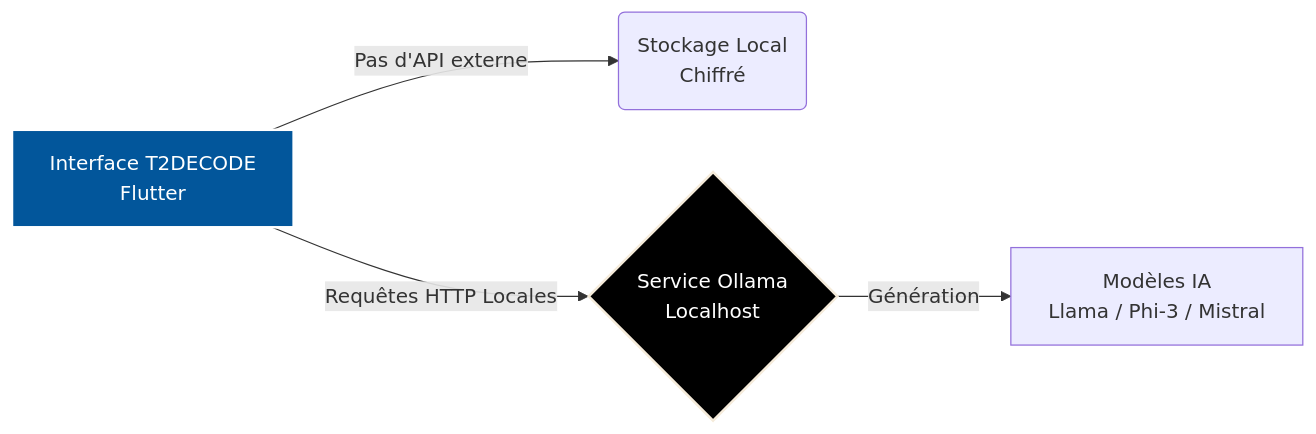
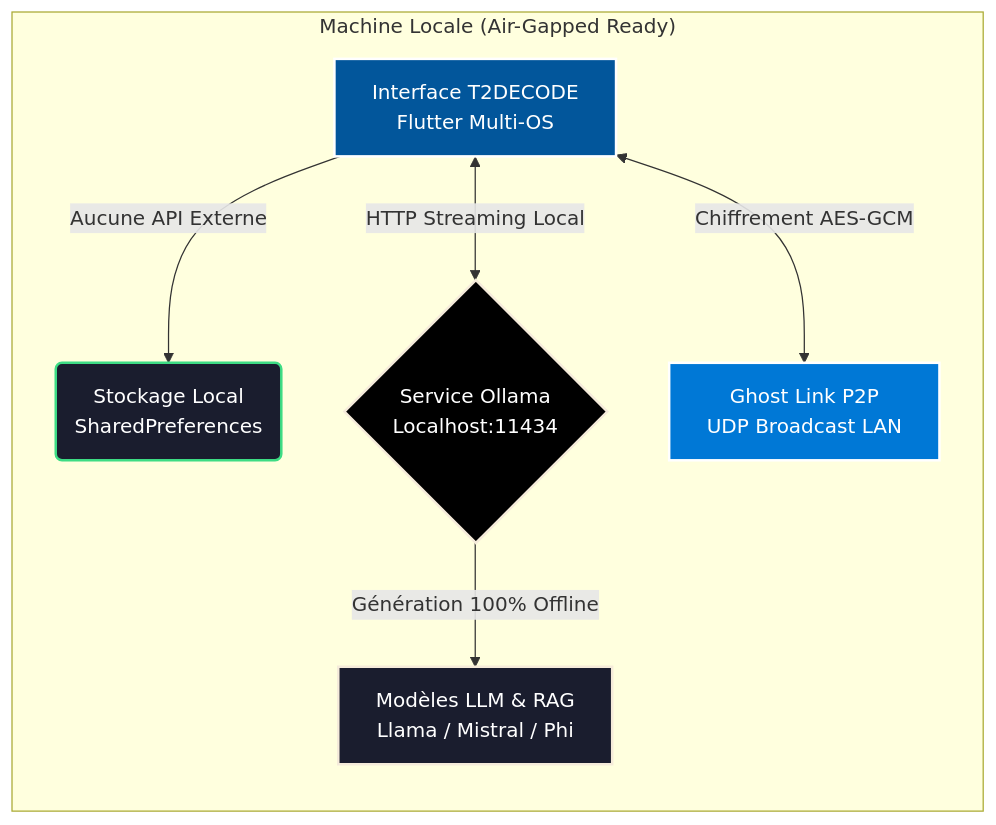
Before and after one commit to TUTODECODE-FR/T2DECODE: the diagram in README.md, drawn with Mermaid. The commit also changed other lines of this file and 7 other files, not shown here.

Commit message:
feat(architecture): mise en valeur de l'architecture souveraine, Air-Gapped et Privacy by Design dans l'UI et le README

````diff
--- a/README.md
+++ b/README.md
@@ -50,8 +44,21 @@
 ```mermaid
 graph LR
-    A[Interface T2DECODE<br/>Flutter] -->|Pas d'API externe| B(Stockage Local<br/>Chiffré)
-    A -->|Requêtes HTTP Locales| C{Service Ollama<br/>Localhost}
-    C -->|Génération| D[Modèles IA<br/>Llama / Phi-3 / Mistral]
+    subgraph "Machine Locale (Air-Gapped Ready)"
+        A[Interface T2DECODE<br/>Flutter Multi-OS]
+        B(Stockage Local<br/>SharedPreferences)
+        C{Service Ollama<br/>Localhost:11434}
+        D[Modèles LLM & RAG<br/>Llama / Mistral / Phi]
+        E[Ghost Link P2P<br/>UDP Broadcast LAN]
+    end
+
+    A -->|Aucune API Externe| B
+    A <-->|HTTP Streaming Local| C
+    C -->|Génération 100% Offline| D
+    A <-->|Chiffrement AES-GCM| E
+    
+    style A fill:#02569B,stroke:#FFF,stroke-width:2px,color:#FFF
+    style B fill:#1A1D2E,stroke:#3DDC84,stroke-width:2px,color:#FFF
     style C fill:#000000,stroke:#F5EBDA,stroke-width:2px,color:#FFF
-    style A fill:#02569B,stroke:#FFF,stroke-width:2px,color:#FFF
+    style D fill:#1A1D2E,stroke:#F5EBDA,stroke-width:2px,color:#FFF
+    style E fill:#0078D6,stroke:#FFF,stroke-width:2px,color:#FFF
 ```
````
